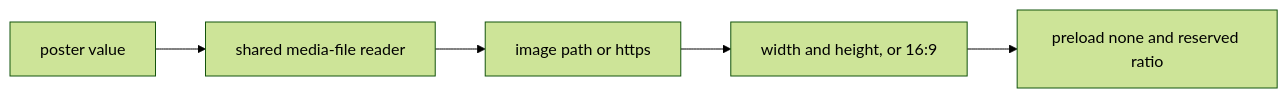
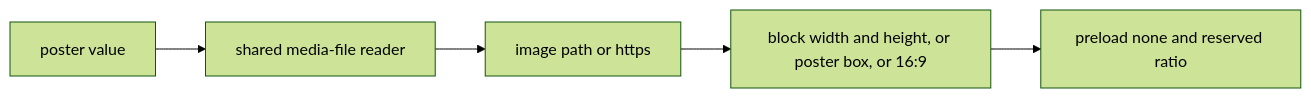
Before and after one commit to cultpodcasts/freedomtimes: the second of 2 diagrams in web/docs/SELF_HOSTED_VIDEO_EMBEDS.md, drawn with Mermaid (forest theme). The commit also changed other lines of this file and 11 other files, not shown here.

````diff
--- a/web/docs/SELF_HOSTED_VIDEO_EMBEDS.md
+++ b/web/docs/SELF_HOSTED_VIDEO_EMBEDS.md
@@ -25,7 +36,7 @@
 ```mermaid
 flowchart LR
   value[poster value] --> reader[shared media-file reader]
   reader --> allow[image path or https]
-  allow --> box["width and height, or 16:9"]
+  allow --> box["block width and height, or poster box, or 16:9"]
   box --> player["preload none and reserved ratio"]
 ```
````
